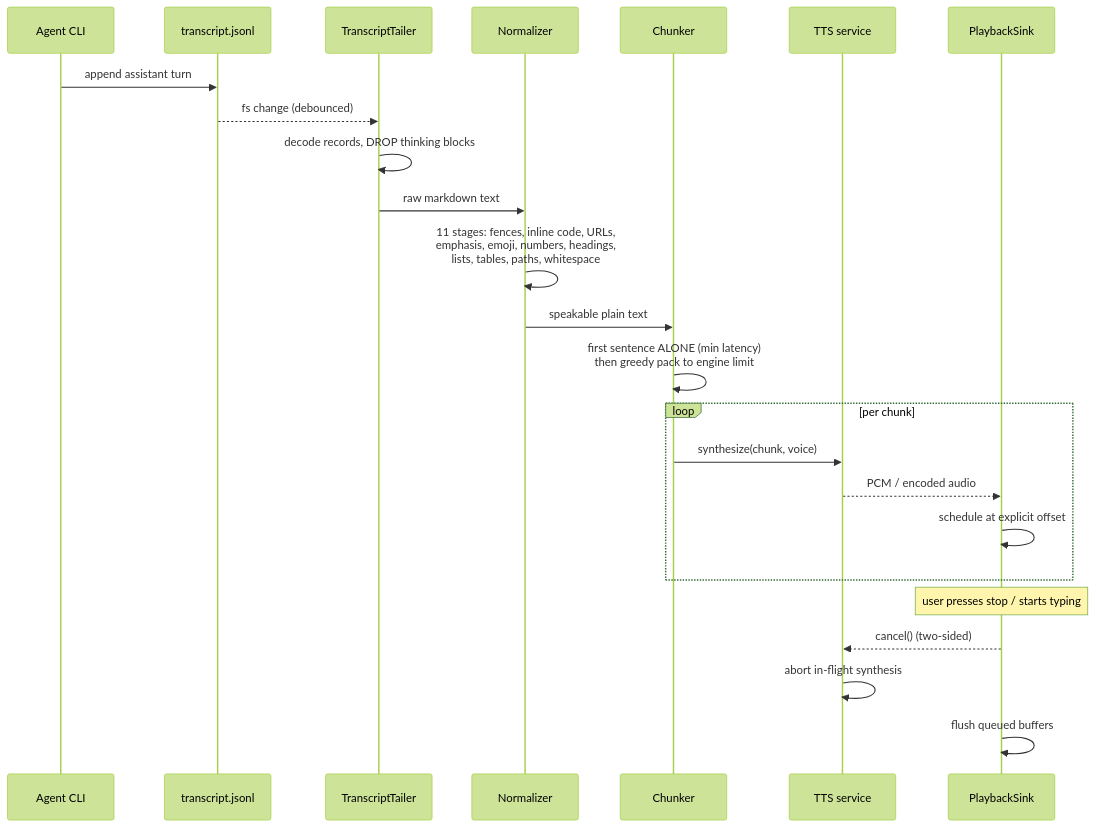
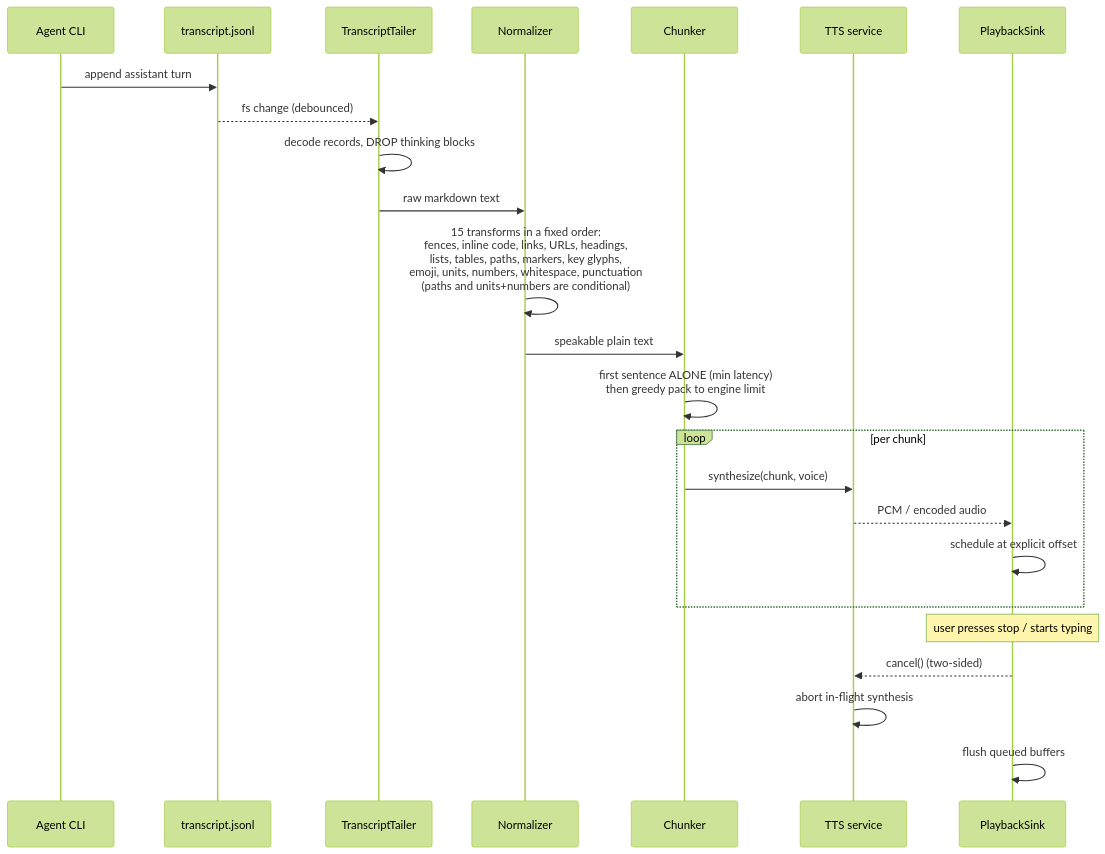
The second of 4 diagrams in docs/architecture.md (YoraiLevi/2026-08-orca-plugin-tts-archived), drawn with Mermaid (forest theme) before and after one commit. The commit also changed 10 other files, not shown here.

````diff
--- a/docs/architecture.md
+++ b/docs/architecture.md
@@ -81,27 +81,27 @@
 ```mermaid
 sequenceDiagram
     participant A as Agent CLI
     participant J as transcript.jsonl
     participant T as TranscriptTailer
     participant N as Normalizer
     participant C as Chunker
     participant S as TTS service
     participant P as PlaybackSink
 
     A->>J: append assistant turn
     J-->>T: fs change (debounced)
     T->>T: decode records, DROP thinking blocks
     T->>N: raw markdown text
-    N->>N: 11 stages: fences, inline code, URLs,<br/>emphasis, emoji, numbers, headings,<br/>lists, tables, paths, whitespace
+    N->>N: 15 transforms in a fixed order:<br/>fences, inline code, links, URLs, headings,<br/>lists, tables, paths, markers, key glyphs,<br/>emoji, units, numbers, whitespace, punctuation<br/>(paths and units+numbers are conditional)
     N->>C: speakable plain text
     C->>C: first sentence ALONE (min latency)<br/>then greedy pack to engine limit
     loop per chunk
         C->>S: synthesize(chunk, voice)
         S-->>P: PCM / encoded audio
         P->>P: schedule at explicit offset
     end
     Note over P: user presses stop / starts typing
     P-->>S: cancel()  (two-sided)
     S->>S: abort in-flight synthesis
     P->>P: flush queued buffers
 ```
````
